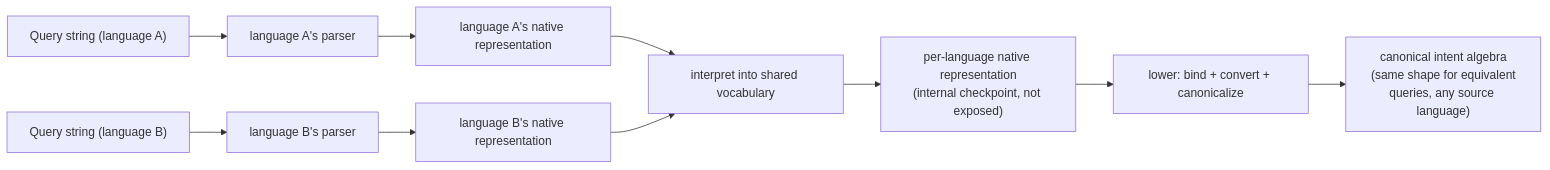
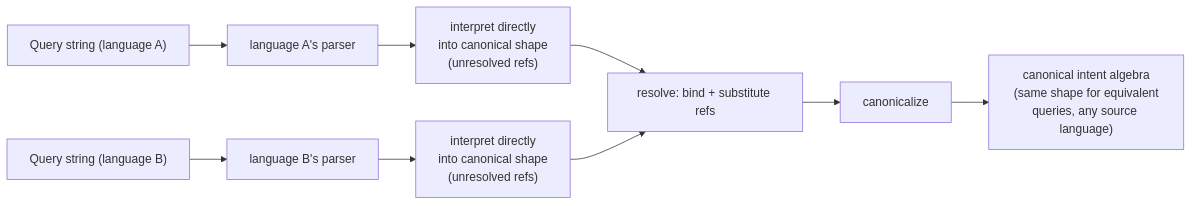
Before and after one commit to ProjectASAP/ASAPPlanner: the first of 5 diagrams in docs/design.md, drawn with Mermaid. The commit also changed other lines of this file, not shown here.

First line of the commit message:
docs(design): describe target L1 architecture (no relational tree, no convert)

````diff
--- a/docs/design.md
+++ b/docs/design.md
@@ -89,10 +117,9 @@
 ```mermaid
 flowchart LR
-    P["Query string (language A)"] --> PA["language A's parser"] --> PR["language A's native representation"]
-    S["Query string (language B)"] --> SA["language B's parser"] --> SR["language B's native representation"]
-    PR --> SH["interpret into shared vocabulary"]
-    SR --> SH
-    SH --> NR["per-language native representation\n(internal checkpoint, not exposed)"]
-    NR --> LO["lower: bind + convert + canonicalize"]
-    LO --> L1T["canonical intent algebra\n(same shape for equivalent\nqueries, any source language)"]
+    P["Query string (language A)"] --> PA["language A's parser"] --> IA["interpret directly\ninto canonical shape\n(unresolved refs)"]
+    S["Query string (language B)"] --> SA["language B's parser"] --> IB["interpret directly\ninto canonical shape\n(unresolved refs)"]
+    IA --> RS["resolve: bind + substitute refs"]
+    IB --> RS
+    RS --> CZ["canonicalize"]
+    CZ --> L1T["canonical intent algebra\n(same shape for equivalent\nqueries, any source language)"]
 ```
````
